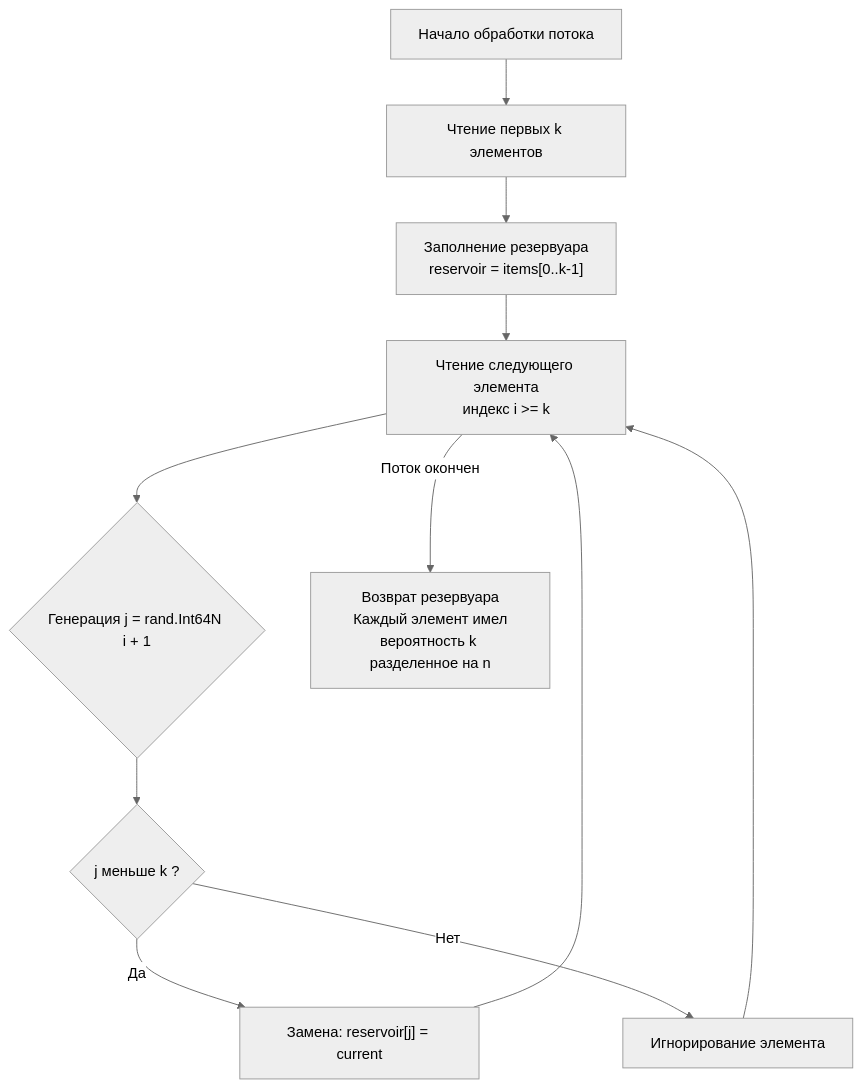
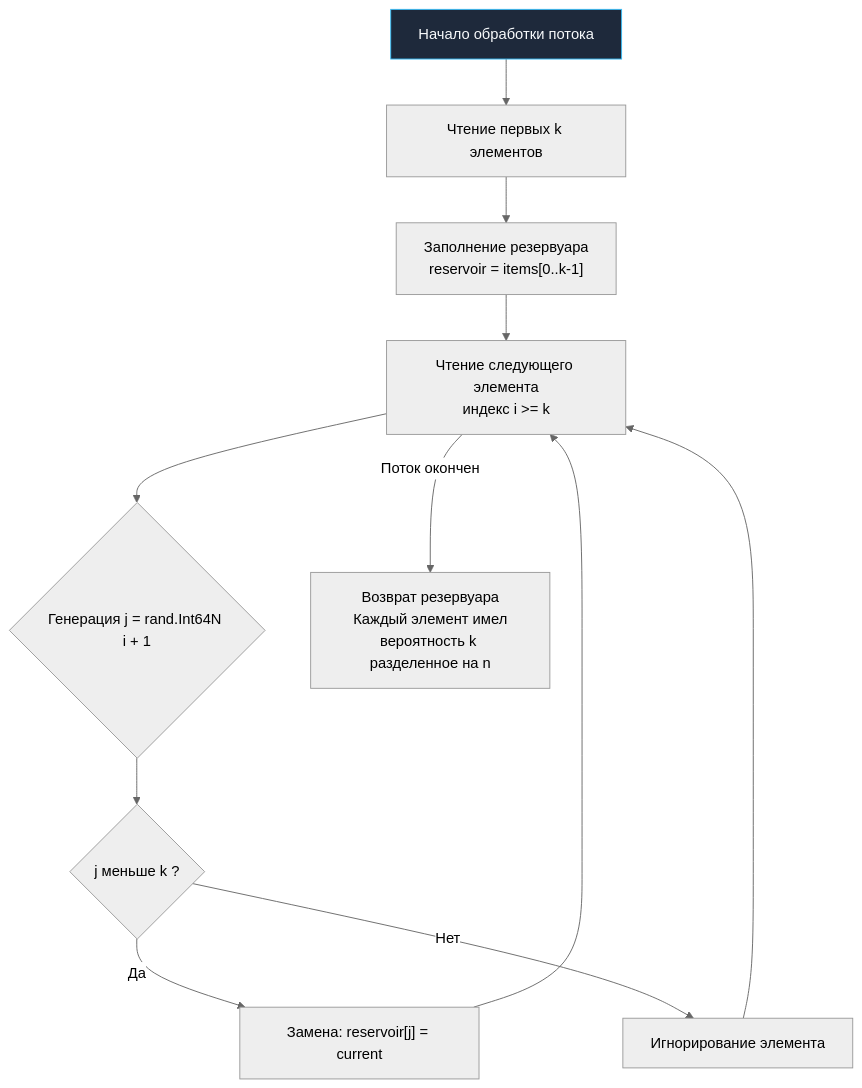
Before and after one commit to UnrealTemplier/go-textbook: the first of 2 diagrams in sources/21. Задачи с LeetCode и собеседований на Go/02. Задачи/27. Рандомизированные алгоритмы/2. Reservoir sampling.md, drawn with Mermaid (neutral theme). The commit also changed other lines of this file and 1666 other files, not shown here.

First line of the commit message:
feat(mermaid): add semantic color classDef to 1369 colorless flowchart/graph diagrams

````diff
--- a/sources/21. Задачи с LeetCode и собеседований на Go/02. Задачи/27. Рандомизированные алгоритмы/2. Reservoir sampling.md
+++ b/sources/21. Задачи с LeetCode и собеседований на Go/02. Задачи/27. Рандомизированные алгоритмы/2. Reservoir sampling.md
@@ -7,13 +7,23 @@
 ```mermaid
 flowchart TD
-  A["Начало обработки потока"] --> B["Чтение первых k элементов"]
+    classDef process  fill:#1e293b,stroke:#38bdf8,stroke-width:1px,color:#f8fafc
+    classDef success  fill:#064e3b,stroke:#34d399,stroke-width:1px,color:#f8fafc
+    classDef error    fill:#7f1d1d,stroke:#f87171,stroke-width:1px,color:#f8fafc
+    classDef warning  fill:#78350f,stroke:#fbbf24,stroke-width:1px,color:#f8fafc
+    classDef entry    fill:#1e3a5f,stroke:#38bdf8,stroke-width:2px,color:#f8fafc
+    classDef aux      fill:#334155,stroke:#64748b,stroke-width:1px,color:#f8fafc
+    classDef system   fill:#312e81,stroke:#a78bfa,stroke-width:1px,color:#f8fafc
+    classDef data     fill:#132d29,stroke:#2dd4bf,stroke-width:1px,color:#f8fafc
+    classDef network  fill:#881337,stroke:#fb7185,stroke-width:1px,color:#f8fafc
+    classDef accent   fill:#1e1b4b,stroke:#818cf8,stroke-width:1px,color:#f8fafc
+  A["Начало обработки потока"]:::process --> B["Чтение первых k элементов"]
   B --> C["Заполнение резервуара<br>reservoir = items[0..k-1]"]
   C --> D["Чтение следующего элемента<br>индекс i >= k"]
   D --> E{"Генерация j = rand.Int64N i + 1"}
   E --> F{"j меньше k ?"}
   F -->|Да| G["Замена: reservoir[j] = current"]
   F -->|Нет| H["Игнорирование элемента"]
   G --> D
   H --> D
   D -->|Поток окончен| I["Возврат резервуара<br>Каждый элемент имел<br>вероятность k разделенное на n"]
 ```
````
